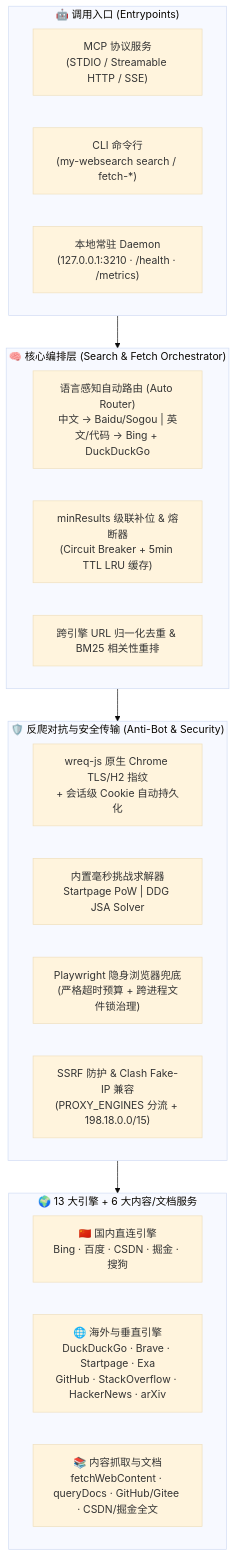
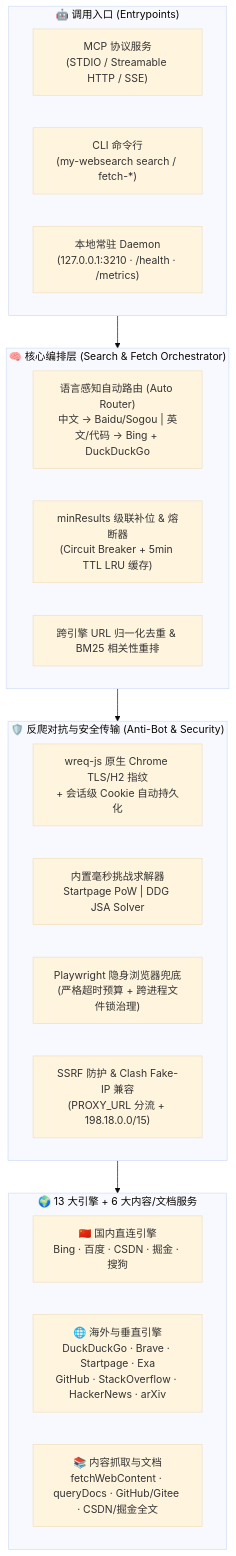
Before and after one commit to wtznicy/my-websearch: the diagram in README-zh.md, drawn with Mermaid (base theme). The commit also changed other lines of this file and 1 other file, not shown here.

Commit message:
docs: 完善中英文README配置示例、架构图变量、默认引擎清单及代理排障章节

````diff
--- a/README-zh.md
+++ b/README-zh.md
@@ -47,31 +47,31 @@
 ```mermaid
 flowchart TB
     subgraph Clients["🤖 调用入口 (Entrypoints)"]
         MCP["MCP 协议服务<br/>(STDIO / Streamable HTTP / SSE)"]
         CLI["CLI 命令行<br/>(my-websearch search / fetch-*)"]
         Daemon["本地常驻 Daemon<br/>(127.0.0.1:3210 · /health · /metrics)"]
     end
 
     subgraph Core["🧠 核心编排层 (Search & Fetch Orchestrator)"]
         Router["语言感知自动路由 (Auto Router)<br/>中文 → Baidu/Sogou | 英文/代码 → Bing + DuckDuckGo"]
         Cascade["minResults 级联补位 & 熔断器<br/>(Circuit Breaker + 5min TTL LRU 缓存)"]
         Ranker["跨引擎 URL 归一化去重 & BM25 相关性重排"]
     end
 
     subgraph Transport["🛡️ 反爬对抗与安全传输 (Anti-Bot & Security)"]
         Wreq["wreq-js 原生 Chrome TLS/H2 指纹<br/>+ 会话级 Cookie 自动持久化"]
         Solvers["内置毫秒挑战求解器<br/>Startpage PoW | DDG JSA Solver"]
         PW["Playwright 隐身浏览器兜底<br/>(严格超时预算 + 跨进程文件锁治理)"]
-        Guard["SSRF 防护 & Clash Fake-IP 兼容<br/>(PROXY_ENGINES 分流 + 198.18.0.0/15)"]
+        Guard["SSRF 防护 & Clash Fake-IP 兼容<br/>(PROXY_URL 分流 + 198.18.0.0/15)"]
     end
 
     subgraph Engines["🌍 13 大引擎 + 6 大内容/文档服务"]
         CN["🇨🇳 国内直连引擎<br/>Bing · 百度 · CSDN · 掘金 · 搜狗"]
         INTL["🌐 海外与垂直引擎<br/>DuckDuckGo · Brave · Startpage · Exa<br/>GitHub · StackOverflow · HackerNews · arXiv"]
         Docs["📚 内容抓取与文档<br/>fetchWebContent · queryDocs · GitHub/Gitee · CSDN/掘金全文"]
     end
 
     Clients --> Core
     Core --> Transport
     Transport --> Engines
 ```
````
